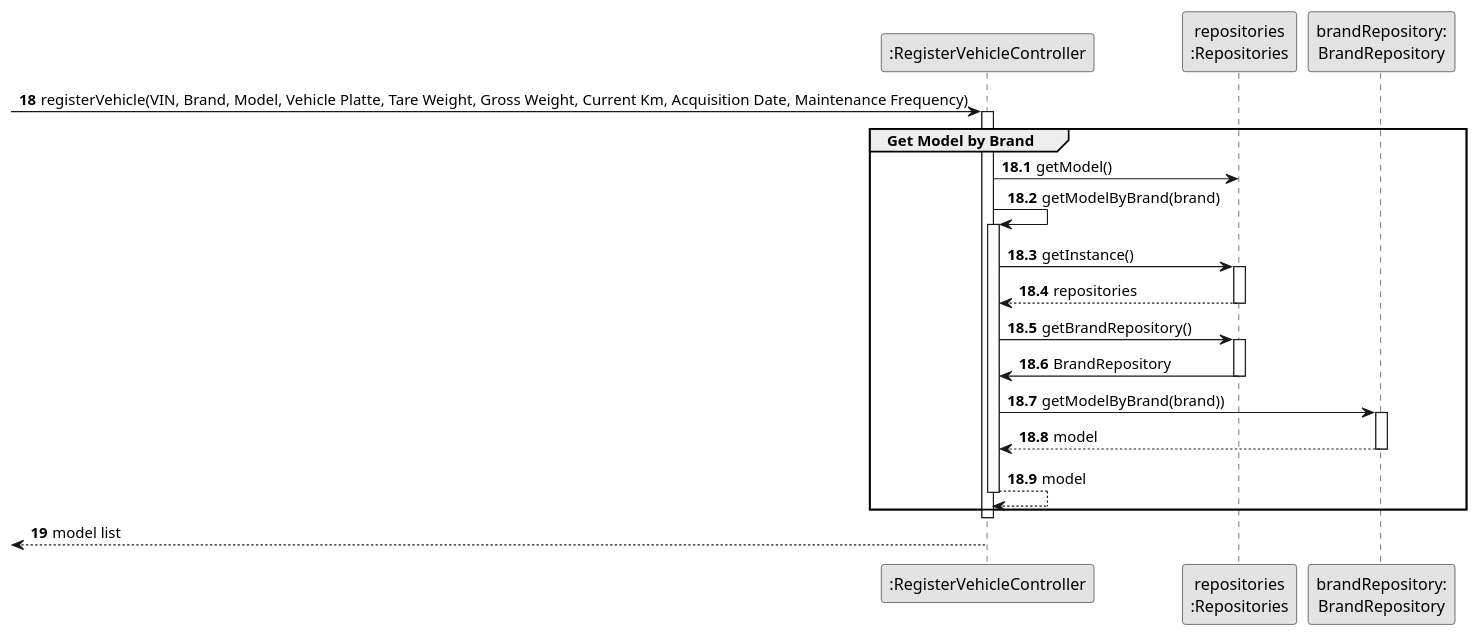
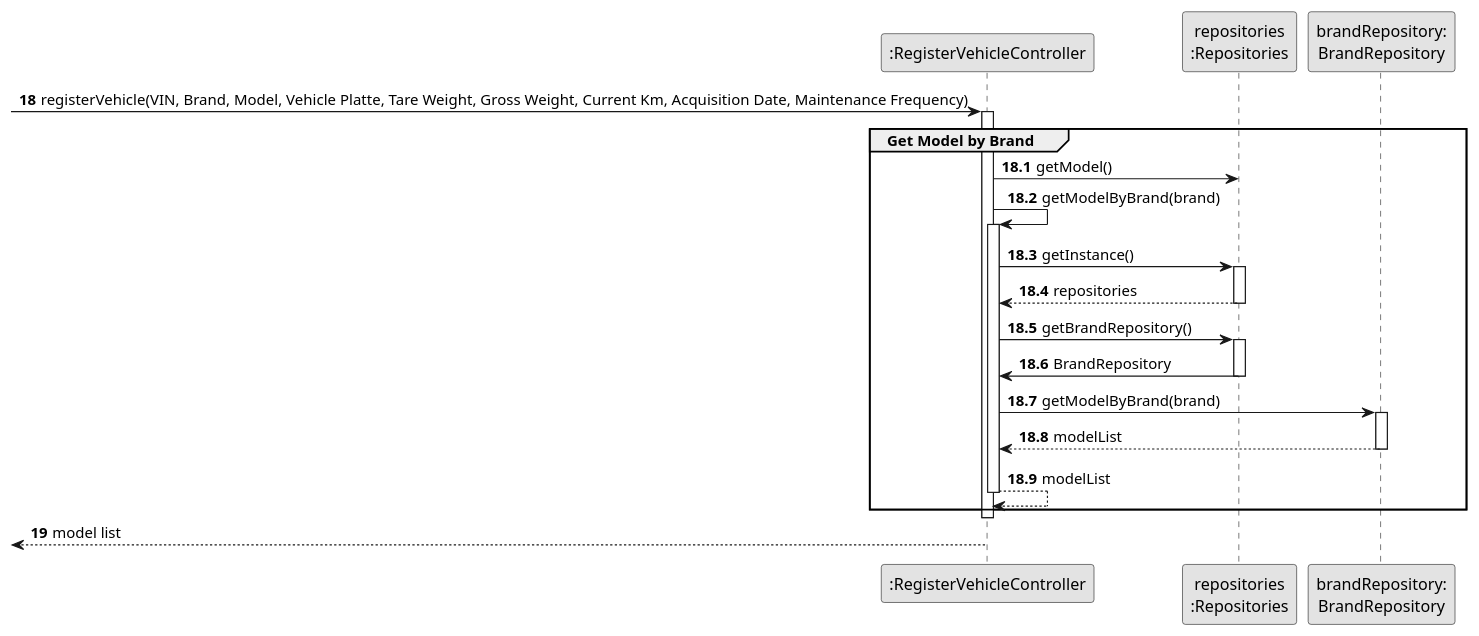
One commit to ricardomm7/leaflink changed the diagram in docs/sprintB/us006/03.design/puml/us006-sequence-diagram-partial-get-model-by-brand.puml. Above: the diagram before and after it, drawn with PlantUML. The commit also changed 6 other files, not shown here.

Commit message:
LFC2-88<Correct get issues on US006 SD and start class diagram> LFC2-90<Correct some US008 SD issue and start class diagram> LFC2-139<Add US on use-case-diagram.md>

```diff
--- a/docs/sprintB/us006/03.design/puml/us006-sequence-diagram-partial-get-model-by-brand.puml
+++ b/docs/sprintB/us006/03.design/puml/us006-sequence-diagram-partial-get-model-by-brand.puml
@@ -1,50 +1,50 @@
 @startuml
 skinparam monochrome true
 skinparam packageStyle rectangle
 skinparam shadowing false
 
 participant ":RegisterVehicleController" as CTRL
 participant "repositories\n:Repositories" as PLAT
 participant "brandRepository:\nBrandRepository" as BrandRepository
 
 autonumber 18
 -> CTRL : registerVehicle(VIN, Brand, Model, Vehicle Platte, Tare Weight, Gross Weight, Current Km, Acquisition Date, Maintenance Frequency)
 
 autonumber 18.1
 activate CTRL
     group Get Model by Brand
 
 CTRL -> PLAT : getModel()
             CTRL -> CTRL : getModelByBrand(brand)
                                 activate CTRL
 
                                     CTRL -> PLAT : getInstance()
                                     activate PLAT
 
                                     PLAT --> CTRL: repositories
                                     deactivate PLAT
 
                                     CTRL -> PLAT : getBrandRepository()
                                     activate PLAT
 
                                     PLAT -> CTRL : BrandRepository
                                     deactivate PLAT
 
-                                    CTRL -> BrandRepository : getModelByBrand(brand))
+                                    CTRL -> BrandRepository : getModelByBrand(brand)
                                     activate BrandRepository
 
-                                    BrandRepository --> CTRL : model
+                                    BrandRepository --> CTRL : modelList
                                     deactivate BrandRepository
 
-                                CTRL --> CTRL : model
+                                CTRL --> CTRL : modelList
                                 deactivate CTRL
 
     end
     deactivate CTRL
 
     autonumber 19
     <-- CTRL : model list
 deactivate CTRL
 
 
 @enduml
```
